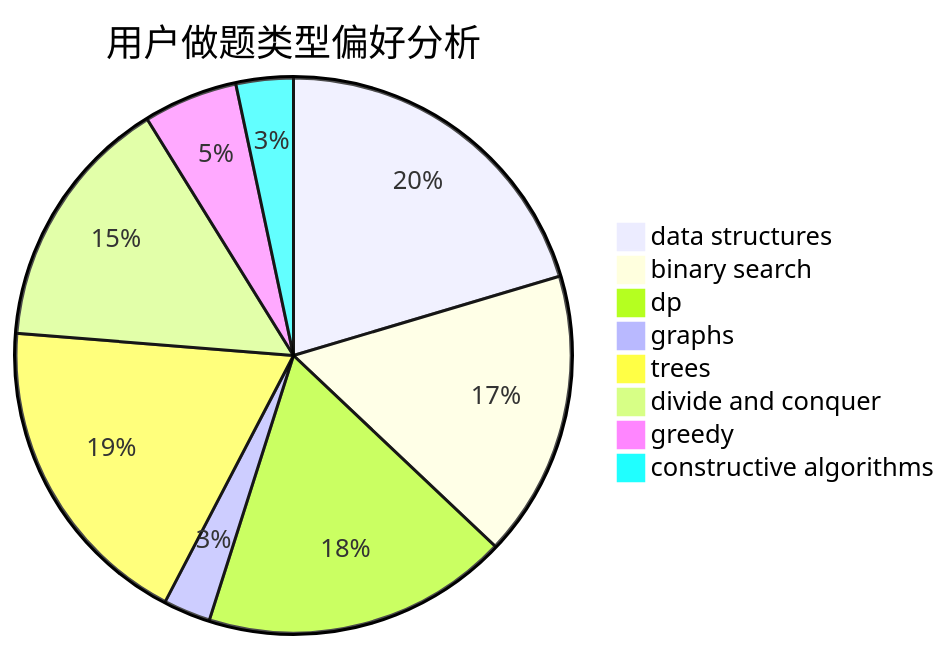
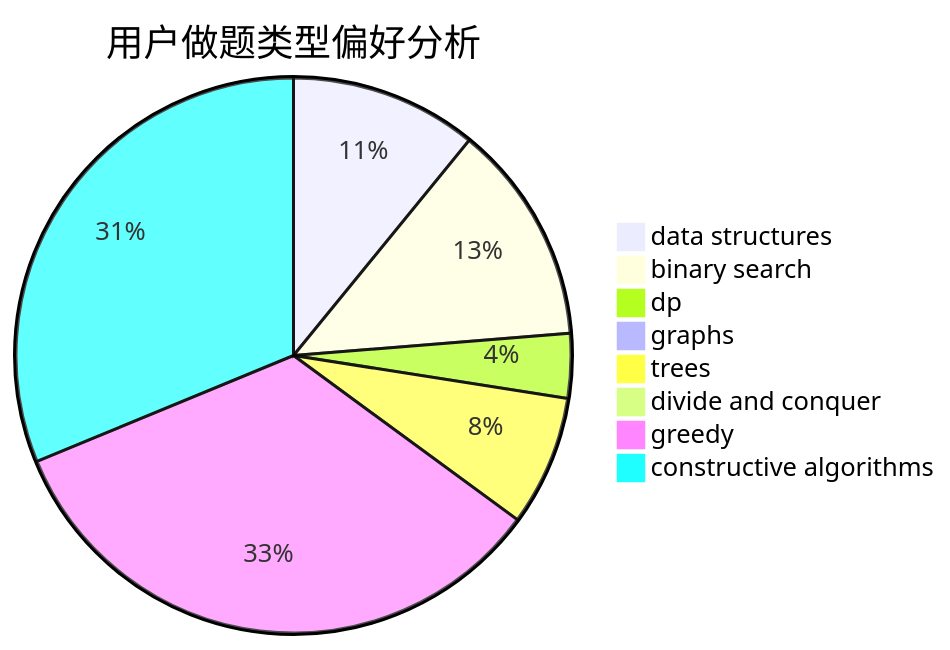
The second of 3 diagrams in docs/user/u714.md (sherpahu/cfrs.github.io), drawn with Mermaid before and after one commit. The commit also changed other lines of this file and 2770 other files, not shown here.

````diff
--- a/docs/user/u714.md
+++ b/docs/user/u714.md
@@ -23,11 +23,11 @@
 ```mermaid
 pie title 用户做题类型偏好分析
-    "data structures" :  104
-    "binary search" :  85
-    "dp" :  91
-    "graphs" :  14
-    "trees" :  95
-    "divide and conquer" :  76
-    "greedy" :  28
-    "constructive algorithms" :  17
+    "data structures" :  119
+    "binary search" :  140
+    "dp" :  41
+    "graphs" :  8
+    "trees" :  83
+    "divide and conquer" :  0
+    "greedy" :  368
+    "constructive algorithms" :  341
 ```
````
